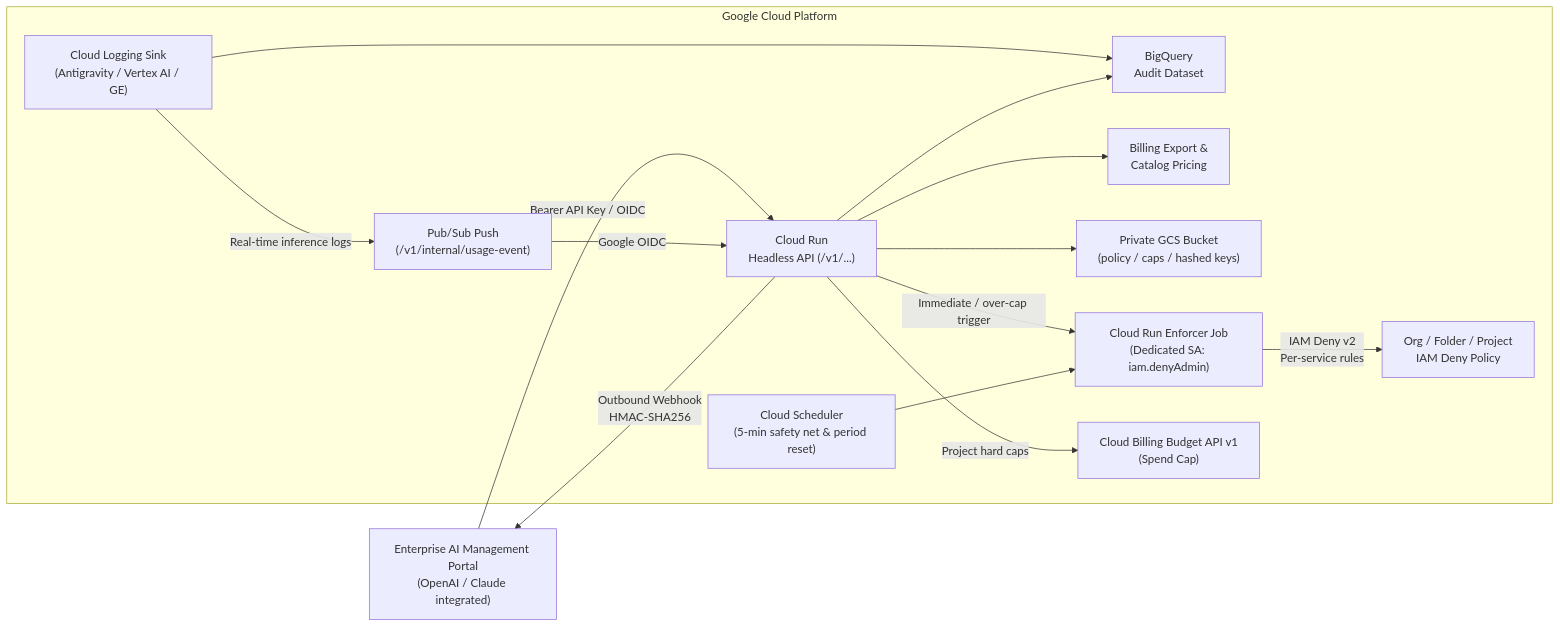
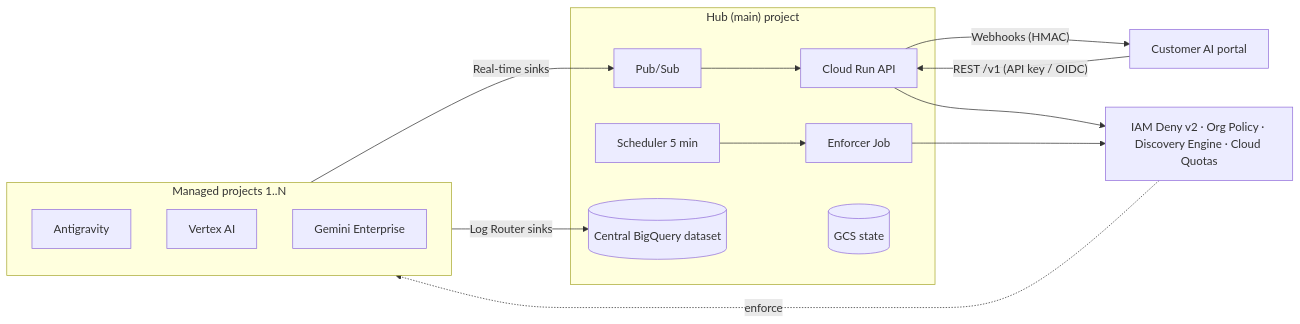
Before and after one commit to ldu1225/gcp-ai-usage-caps-api: the diagram in README.en.md, drawn with Mermaid. The commit also changed other lines of this file and 57 other files, not shown here.

````diff
--- a/README.en.md
+++ b/README.en.md
@@ -14,18 +39,22 @@
 ```mermaid
 flowchart LR
-    Portal["Enterprise AI Management Portal<br/>(OpenAI / Claude integrated)"] -->|Bearer API Key / OIDC| API["Cloud Run<br/>Headless API (/v1/...)"]
-    API -->|Outbound Webhook<br/>HMAC-SHA256| Portal
-
-    subgraph GCP["Google Cloud Platform"]
-        Sink["Cloud Logging Sink<br/>(Antigravity / Vertex AI / GE)"] --> BQ["BigQuery<br/>Audit Dataset"]
-        Sink -->|Real-time inference logs| PS["Pub/Sub Push<br/>(/v1/internal/usage-event)"]
-        PS -->|Google OIDC| API
-        API --> BQ
-        API --> Billing["Billing Export &<br/>Catalog Pricing"]
-        API --> GCS["Private GCS Bucket<br/>(policy / caps / hashed keys)"]
-        API -->|Immediate / over-cap trigger| Job["Cloud Run Enforcer Job<br/>(Dedicated SA: iam.denyAdmin)"]
-        Sched["Cloud Scheduler<br/>(5-min safety net & period reset)"] --> Job
-        Job -->|IAM Deny v2<br/>Per-service rules| IAM["Org / Folder / Project<br/>IAM Deny Policy"]
-        API -->|Project hard caps| Budget["Cloud Billing Budget API v1<br/>(Spend Cap)"]
+    Portal["Customer AI portal"] -- "REST /v1 (API key / OIDC)" --> API
+    API -- "Webhooks (HMAC)" --> Portal
+    subgraph HUB["Hub (main) project"]
+        API["Cloud Run API"]
+        JOB["Enforcer Job"]
+        SCH["Scheduler 5 min"] --> JOB
+        PS["Pub/Sub"] --> API
+        BQ[("Central BigQuery dataset")]
+        GCS[("GCS state")]
     end
+    subgraph SPOKE["Managed projects 1..N"]
+        AGY["Antigravity"]
+        VTX["Vertex AI"]
+        GE["Gemini Enterprise"]
+    end
+    SPOKE -- "Log Router sinks" --> BQ
+    SPOKE -- "Real-time sinks" --> PS
+    API & JOB --> CTRL["IAM Deny v2 · Org Policy · Discovery Engine · Cloud Quotas"]
+    CTRL -. "enforce" .-> SPOKE
 ```
````
